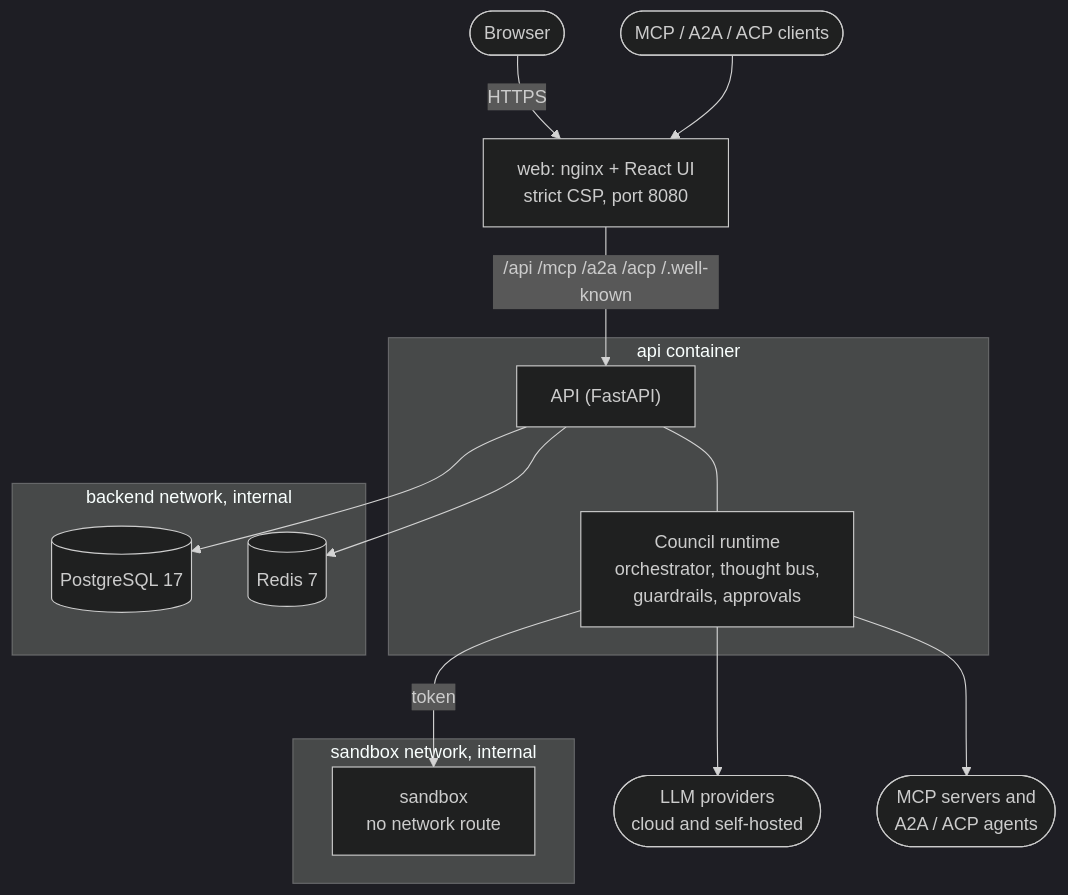
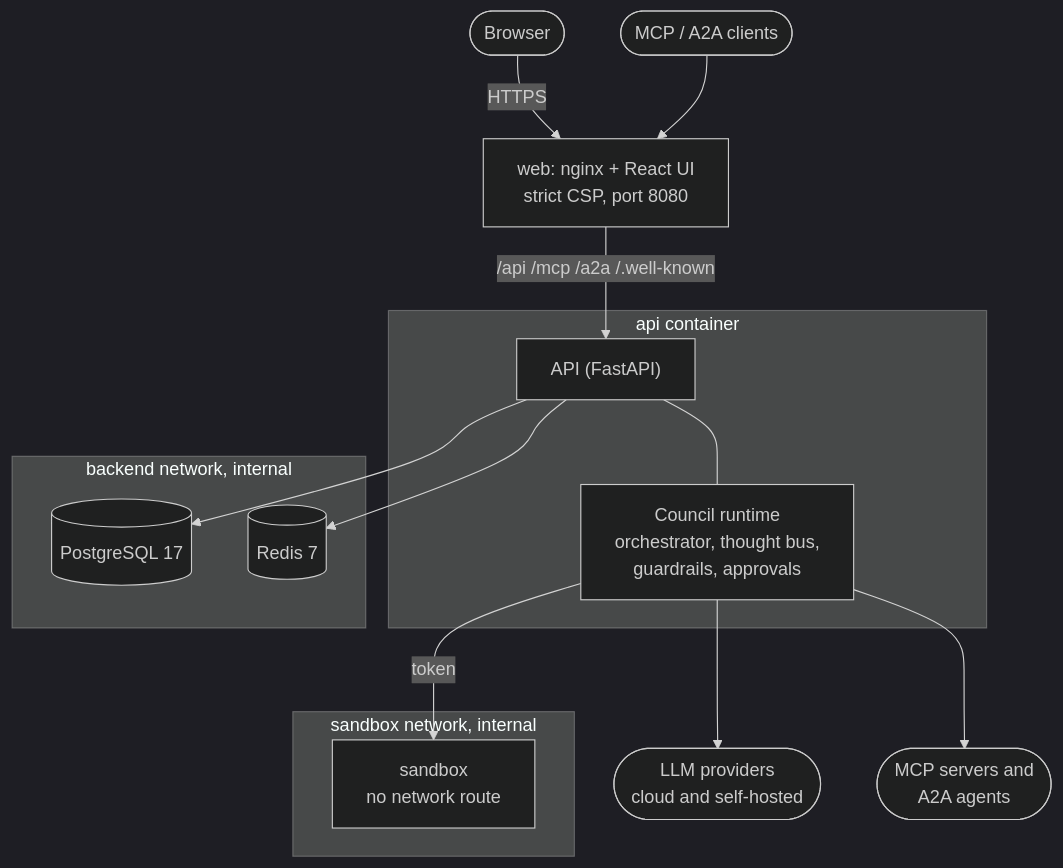
The first of 5 diagrams in README.md (lordprime/Argus-Council), drawn with Mermaid (dark theme) before and after one commit. The commit also changed other lines of this file and 14 other files, not shown here.

Commit message:
Docs: ACP removed; connect remote agents over A2A

````diff
--- a/README.md
+++ b/README.md
@@ -68,21 +68,21 @@
 ```mermaid
 flowchart TB
     browser([Browser]) -->|HTTPS| web
-    client([MCP / A2A / ACP clients]) --> web
-    web["web: nginx + React UI<br/>strict CSP, port 8080"] -->|"/api /mcp /a2a /acp /.well-known"| api
+    client([MCP / A2A clients]) --> web
+    web["web: nginx + React UI<br/>strict CSP, port 8080"] -->|"/api /mcp /a2a /.well-known"| api
     subgraph apibox [api container]
         api["API (FastAPI)"] --- runtime["Council runtime<br/>orchestrator, thought bus,<br/>guardrails, approvals"]
     end
     subgraph backend [backend network, internal]
         pg[(PostgreSQL 17)]
         redis[(Redis 7)]
     end
     subgraph sandboxnet [sandbox network, internal]
         sb[sandbox<br/>no network route]
     end
     api --> pg
     api --> redis
     runtime -->|token| sb
     runtime --> llm([LLM providers<br/>cloud and self-hosted])
-    runtime --> peers([MCP servers and<br/>A2A / ACP agents])
+    runtime --> peers([MCP servers and<br/>A2A agents])
 ```
````
